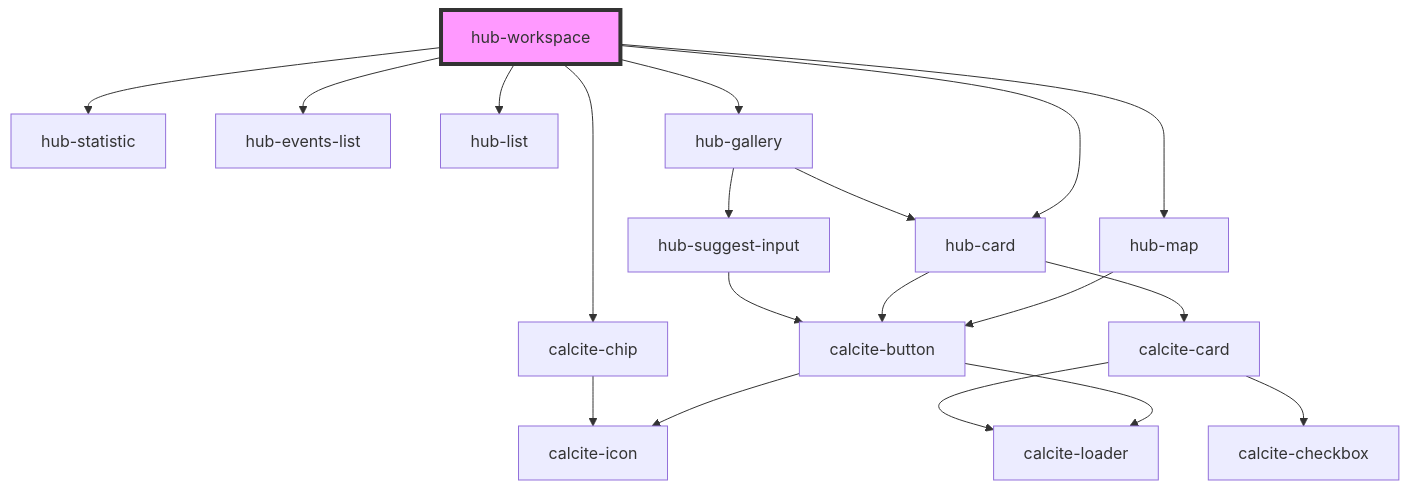
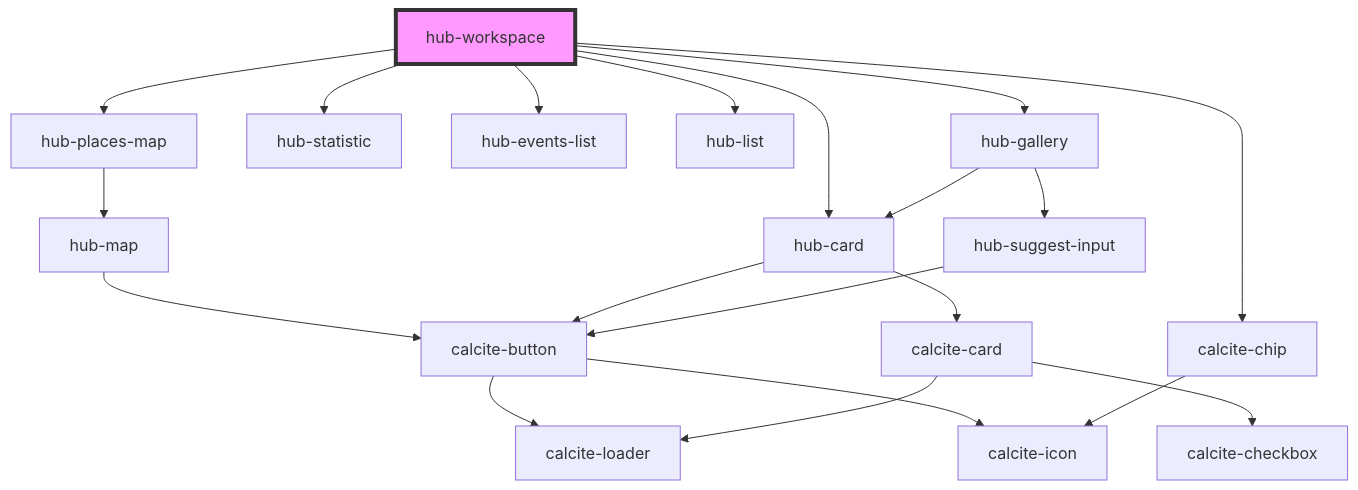
One commit to esridc/hub-components-experiments changed the diagram in src/components/hub-workspace/readme.md. Above: the diagram before and after it, drawn with Mermaid. The commit also changed other lines of this file and 11 other files, not shown here.

````diff
--- a/src/components/hub-workspace/readme.md
+++ b/src/components/hub-workspace/readme.md
@@ -28,22 +28,23 @@
 ```mermaid
 graph TD;
-  hub-workspace --> hub-map
+  hub-workspace --> hub-places-map
   hub-workspace --> hub-statistic
   hub-workspace --> calcite-chip
   hub-workspace --> hub-events-list
   hub-workspace --> hub-list
   hub-workspace --> hub-card
   hub-workspace --> hub-gallery
+  hub-places-map --> hub-map
   hub-map --> calcite-button
   calcite-button --> calcite-loader
   calcite-button --> calcite-icon
   calcite-chip --> calcite-icon
   hub-card --> calcite-button
   hub-card --> calcite-card
   calcite-card --> calcite-loader
   calcite-card --> calcite-checkbox
   hub-gallery --> hub-card
   hub-gallery --> hub-suggest-input
   hub-suggest-input --> calcite-button
   style hub-workspace fill:#f9f,stroke:#333,stroke-width:4px
 ```
````
